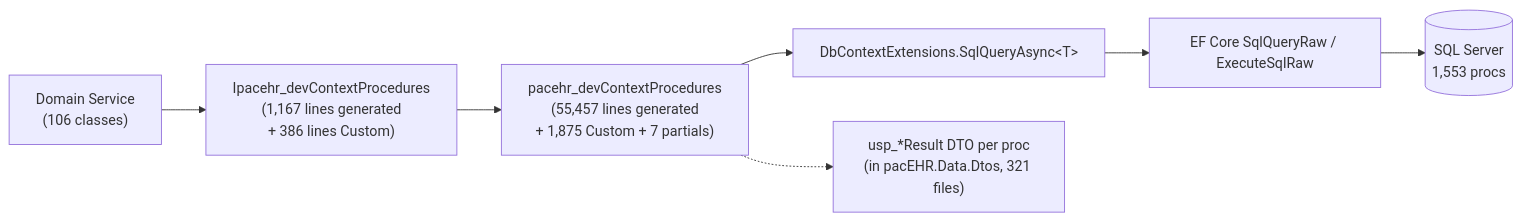
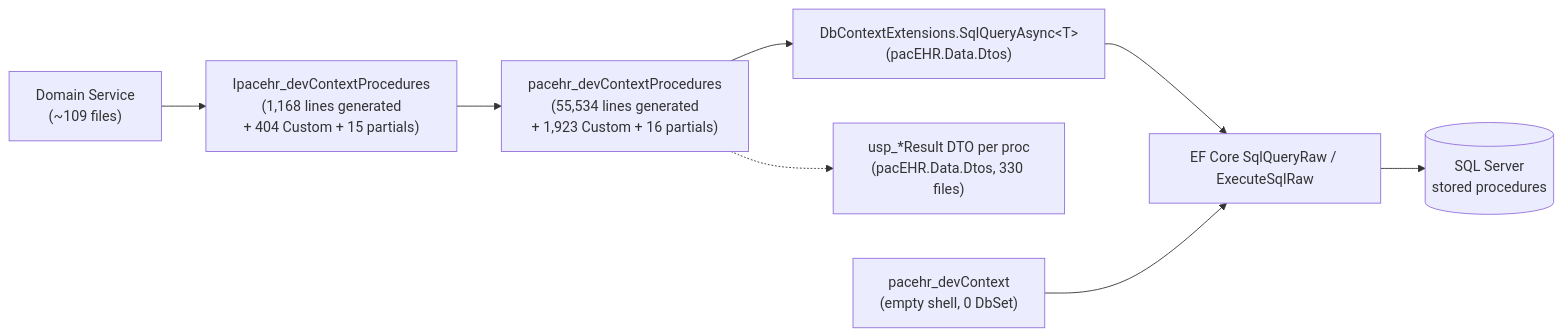
Before and after one commit to hemsingh-3PG/sai-systems-AIRE: the fourth of 4 diagrams in docs/architecture-diagrams/02-api-request-data-spine-deep-dive-diagrams.md, drawn with Mermaid. The commit also changed other lines of this file and 285 other files, not shown here.

````diff
--- a/docs/architecture-diagrams/02-api-request-data-spine-deep-dive-diagrams.md
+++ b/docs/architecture-diagrams/02-api-request-data-spine-deep-dive-diagrams.md
@@ -98,9 +83,10 @@
 ```mermaid
 flowchart LR
-  SVC["Domain Service<br/>(106 classes)"] --> I["Ipacehr_devContextProcedures<br/>(1,167 lines generated<br/>+ 386 lines Custom)"]
-  I --> P["pacehr_devContextProcedures<br/>(55,457 lines generated<br/>+ 1,875 Custom + 7 partials)"]
-  P --> X["DbContextExtensions.SqlQueryAsync&lt;T&gt;"]
+  SVC["Domain Service<br/>(~109 files)"] --> I["Ipacehr_devContextProcedures<br/>(1,168 lines generated<br/>+ 404 Custom + 15 partials)"]
+  I --> P["pacehr_devContextProcedures<br/>(55,534 lines generated<br/>+ 1,923 Custom + 16 partials)"]
+  P --> X["DbContextExtensions.SqlQueryAsync&lt;T&gt;<br/>(pacEHR.Data.Dtos)"]
   X --> EF["EF Core SqlQueryRaw / ExecuteSqlRaw"]
-  EF --> DB[("SQL Server<br/>1,553 procs")]
-  P -.-> R["usp_*Result DTO per proc<br/>(in pacEHR.Data.Dtos, 321 files)"]
+  EF --> DB[("SQL Server<br/>stored procedures")]
+  P -.-> R["usp_*Result DTO per proc<br/>(pacEHR.Data.Dtos, 330 files)"]
+  CTX["pacehr_devContext<br/>(empty shell, 0 DbSet)"] --> EF
 ```
````
